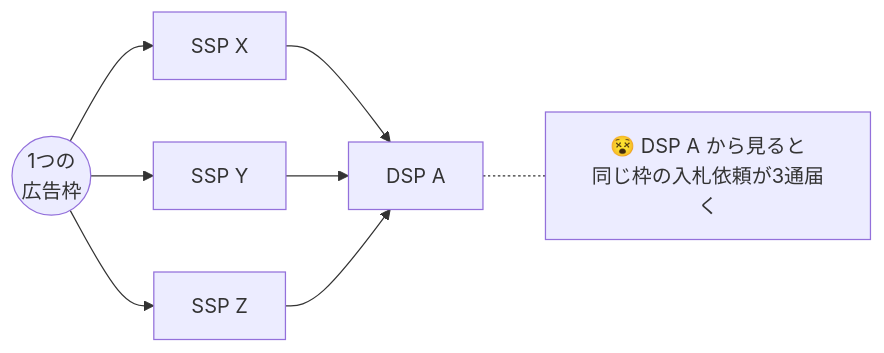
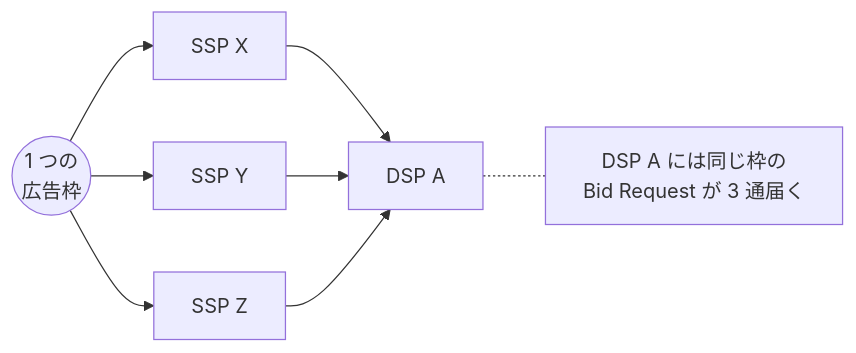
One commit to yasut0ra/rtb-study changed the third of 3 diagrams in docs/02-rtb-flow.md. Above: the diagram before and after it, drawn with Mermaid. The commit also changed other lines of this file and 36 other files, not shown here.

````diff
--- a/docs/02-rtb-flow.md
+++ b/docs/02-rtb-flow.md
@@ -122,8 +123,8 @@
 ```mermaid
 flowchart LR
-    IMP(("1つの<br/>広告枠")) --> S1[SSP X] & S2[SSP Y] & S3[SSP Z]
+    IMP(("1 つの<br/>広告枠")) --> S1[SSP X] & S2[SSP Y] & S3[SSP Z]
     S1 --> D[DSP A]
     S2 --> D
     S3 --> D
-    D -.- N["😵 DSP A から見ると<br/>同じ枠の入札依頼が3通届く"]
+    D -.- N["DSP A には同じ枠の<br/>Bid Request が 3 通届く"]
 ```
````
